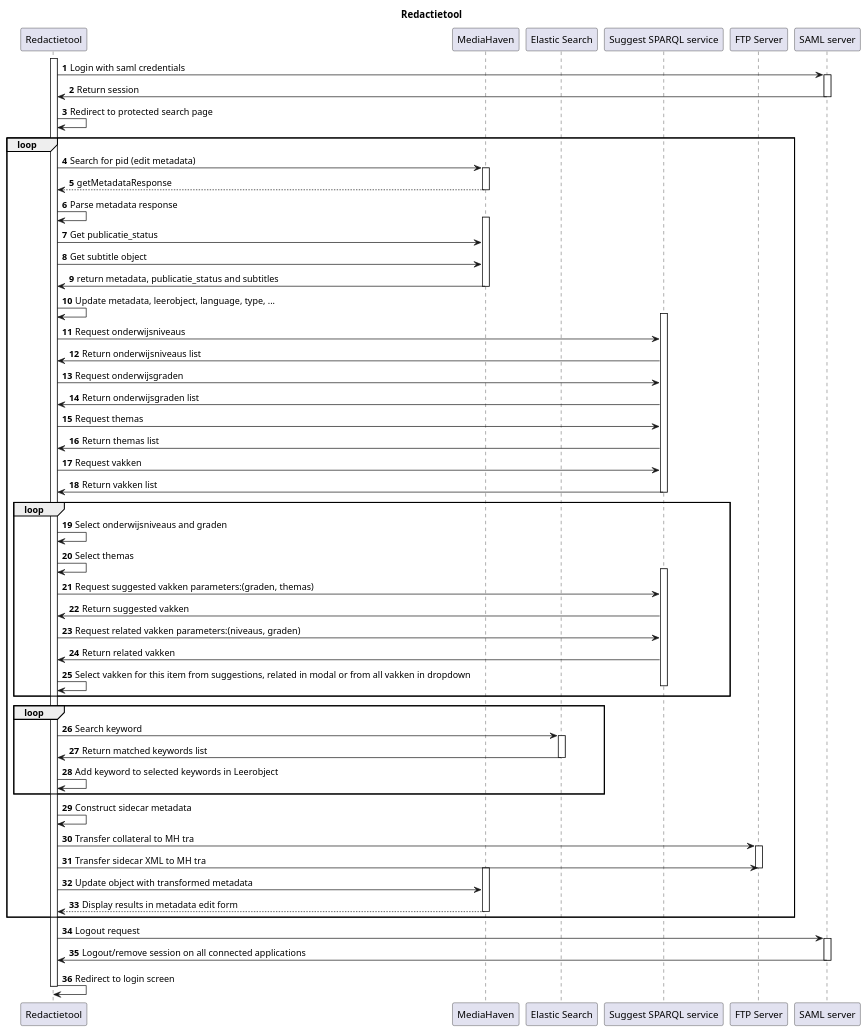
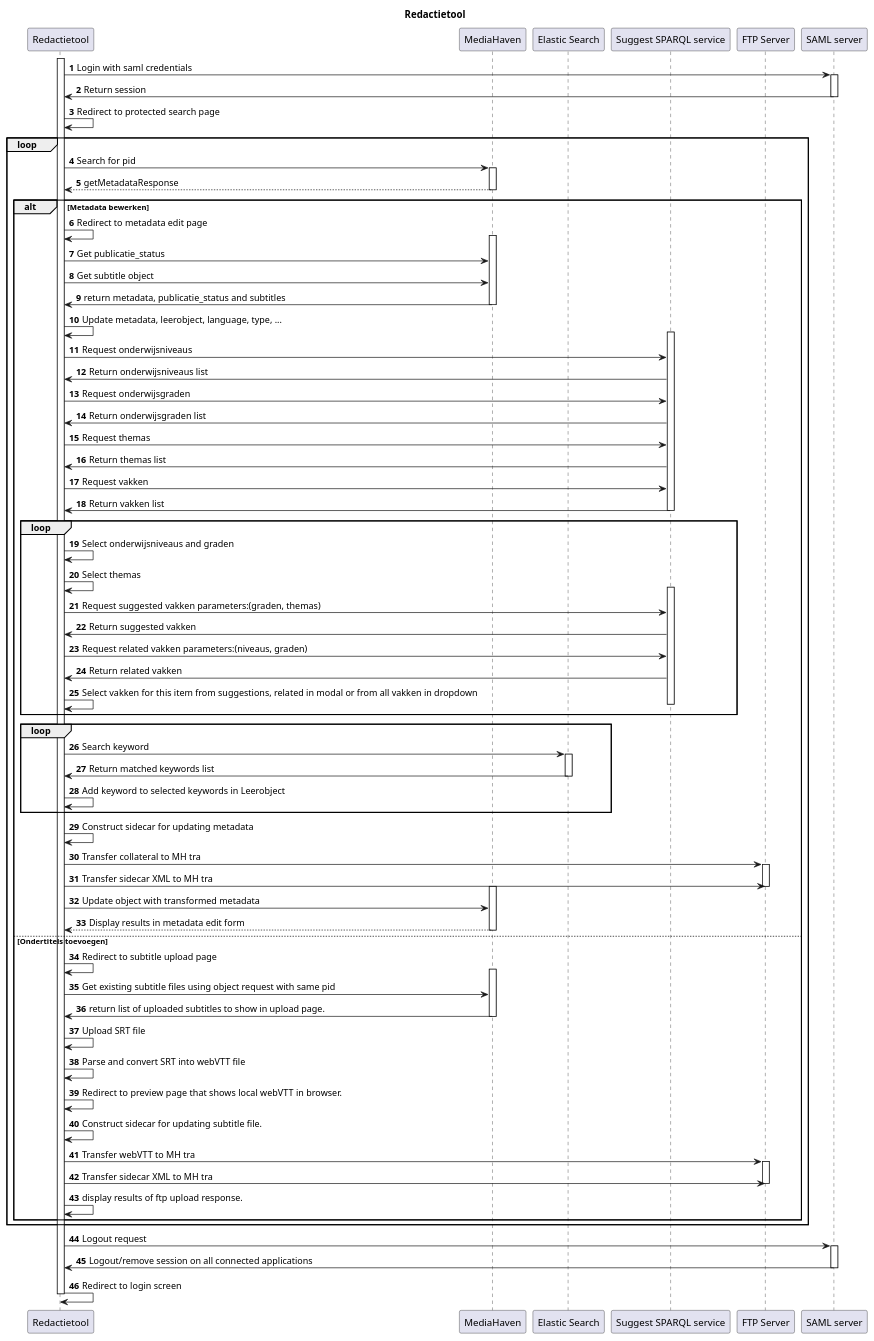
The diagram in docs/redactietool_sequence-diagram.plantuml (w-A-L-L-e/redactietool), drawn with PlantUML before and after one commit. The commit also changed 3 other files, not shown here.

Commit message:
added flow for uploading subtitles to sequence diagram and some scripts to help editing locally.

```diff
--- a/docs/redactietool_sequence-diagram.plantuml
+++ b/docs/redactietool_sequence-diagram.plantuml
@@ -1,78 +1,96 @@
 @startuml redactietool-metadata
 
 autonumber
 
 title Redactietool
 
 participant redactietool as "Redactietool"
 participant mh as "MediaHaven"
 participant es as "Elastic Search"
 participant suggest as "Suggest SPARQL service"
 participant ftp as "FTP Server"
 participant saml as "SAML server"
 
 activate redactietool
 redactietool -> saml: Login with saml credentials
 activate saml
 saml -> redactietool: Return session
 deactivate saml
 redactietool -> redactietool: Redirect to protected search page
 
 loop
-        redactietool -> mh: Search for pid (edit metadata)
+        redactietool -> mh: Search for pid
         activate mh
         mh --> redactietool: getMetadataResponse
         deactivate mh
-        redactietool -> redactietool: Parse metadata response
-        activate mh
-        redactietool -> mh: Get publicatie_status
-        redactietool -> mh: Get subtitle object
-        mh -> redactietool: return metadata, publicatie_status and subtitles
-        deactivate mh
-        redactietool -> redactietool: Update metadata, leerobject, language, type, ...
-        activate suggest
-        redactietool -> suggest: Request onderwijsniveaus
-        suggest -> redactietool: Return onderwijsniveaus list
-        redactietool -> suggest: Request onderwijsgraden
-        suggest -> redactietool: Return onderwijsgraden list
-        redactietool -> suggest: Request themas
-        suggest -> redactietool: Return themas list
-        redactietool -> suggest: Request vakken
-        suggest -> redactietool: Return vakken list
-        deactivate suggest
-        loop
-          redactietool -> redactietool: Select onderwijsniveaus and graden
-          redactietool -> redactietool: Select themas
+        alt Metadata bewerken
+          redactietool -> redactietool: Redirect to metadata edit page
+          activate mh
+          redactietool -> mh: Get publicatie_status
+          redactietool -> mh: Get subtitle object
+          mh -> redactietool: return metadata, publicatie_status and subtitles
+          deactivate mh
+          redactietool -> redactietool: Update metadata, leerobject, language, type, ...
           activate suggest
-          redactietool -> suggest: Request suggested vakken parameters:(graden, themas)
-          suggest -> redactietool: Return suggested vakken
-          redactietool -> suggest: Request related vakken parameters:(niveaus, graden)
-          suggest -> redactietool: Return related vakken
-          redactietool -> redactietool: Select vakken for this item from suggestions, related in modal or from all vakken in dropdown
+          redactietool -> suggest: Request onderwijsniveaus
+          suggest -> redactietool: Return onderwijsniveaus list
+          redactietool -> suggest: Request onderwijsgraden
+          suggest -> redactietool: Return onderwijsgraden list
+          redactietool -> suggest: Request themas
+          suggest -> redactietool: Return themas list
+          redactietool -> suggest: Request vakken
+          suggest -> redactietool: Return vakken list
           deactivate suggest
+          loop
+            redactietool -> redactietool: Select onderwijsniveaus and graden
+            redactietool -> redactietool: Select themas
+            activate suggest
+            redactietool -> suggest: Request suggested vakken parameters:(graden, themas)
+            suggest -> redactietool: Return suggested vakken
+            redactietool -> suggest: Request related vakken parameters:(niveaus, graden)
+            suggest -> redactietool: Return related vakken
+            redactietool -> redactietool: Select vakken for this item from suggestions, related in modal or from all vakken in dropdown
+            deactivate suggest
+          end
+          loop
+            redactietool -> es: Search keyword
+            activate es
+            es -> redactietool: Return matched keywords list
+            deactivate es
+            redactietool -> redactietool: Add keyword to selected keywords in Leerobject
+          end
+          redactietool -> redactietool: Construct sidecar for updating metadata
+          redactietool -> ftp: Transfer collateral to MH tra
+          activate ftp
+          redactietool -> ftp: Transfer sidecar XML to MH tra
+          deactivate ftp
+          activate mh
+          redactietool -> mh: Update object with transformed metadata
+          mh --> redactietool: Display results in metadata edit form
+          deactivate mh
+
+        else Ondertitels toevoegen
+          redactietool -> redactietool: Redirect to subtitle upload page
+          activate mh
+          redactietool -> mh: Get existing subtitle files using object request with same pid
+          mh -> redactietool: return list of uploaded subtitles to show in upload page.
+          deactivate mh
+          redactietool -> redactietool: Upload SRT file
+          redactietool -> redactietool: Parse and convert SRT into webVTT file
+          redactietool -> redactietool: Redirect to preview page that shows local webVTT in browser.
+          redactietool -> redactietool: Construct sidecar for updating subtitle file.
+          redactietool -> ftp: Transfer webVTT to MH tra
+          activate ftp
+          redactietool -> ftp: Transfer sidecar XML to MH tra
+          deactivate ftp
+          redactietool -> redactietool: display results of ftp upload response.
         end
-        loop
-          redactietool -> es: Search keyword
-          activate es
-          es -> redactietool: Return matched keywords list
-          deactivate es
-          redactietool -> redactietool: Add keyword to selected keywords in Leerobject
-        end
-        redactietool -> redactietool: Construct sidecar metadata
-        redactietool -> ftp: Transfer collateral to MH tra
-        activate ftp
-        redactietool -> ftp: Transfer sidecar XML to MH tra
-        deactivate ftp
-        activate mh
-        redactietool -> mh: Update object with transformed metadata
-        mh --> redactietool: Display results in metadata edit form
-        deactivate mh
 end
 
 redactietool -> saml: Logout request
 activate saml
 saml -> redactietool: Logout/remove session on all connected applications
 deactivate saml
 redactietool -> redactietool: Redirect to login screen
 deactivate redactietool
 @enduml
```
